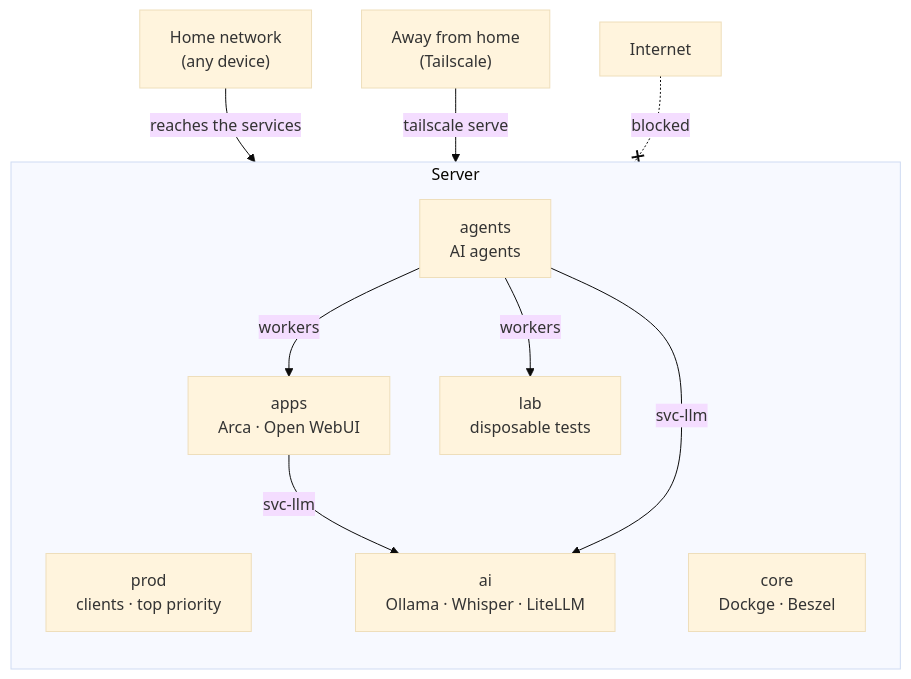
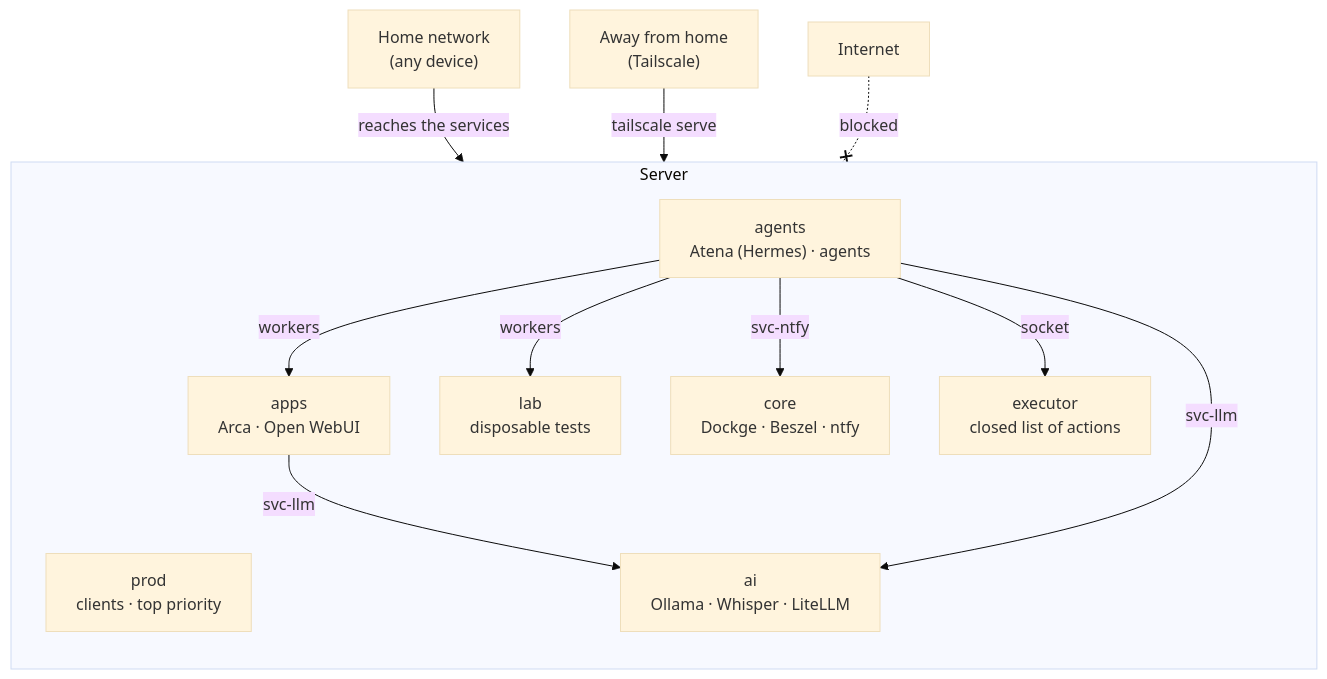
Before and after one commit to kaincore/atena: the diagram in README.en.md, drawn with Mermaid (base theme). The commit also changed other lines of this file, not shown here.

Commit message:
docs: README em inglês com a Atena, o executor e o ntfy

````diff
--- a/README.en.md
+++ b/README.en.md
@@ -19,19 +22,22 @@
 ```mermaid
 flowchart TB
   home["Home network<br/>(any device)"] -->|"reaches the services"| srv
   away["Away from home<br/>(Tailscale)"] -->|"tailscale serve"| srv
   internet["Internet"] -.-x|"blocked"| srv
   subgraph srv["Server"]
     direction TB
     prod["prod<br/>clients · top priority"]
-    core["core<br/>Dockge · Beszel"]
+    core["core<br/>Dockge · Beszel · ntfy"]
     apps["apps<br/>Arca · Open WebUI"]
     ai["ai<br/>Ollama · Whisper · LiteLLM"]
-    agents["agents<br/>AI agents"]
+    agents["agents<br/>Atena (Hermes) · agents"]
+    exec["executor<br/>closed list of actions"]
     lab["lab<br/>disposable tests"]
     apps -->|"svc-llm"| ai
     agents -->|"svc-llm"| ai
     agents -->|"workers"| lab
     agents -->|"workers"| apps
+    agents -->|"svc-ntfy"| core
+    agents -->|"socket"| exec
   end
 ```
````
